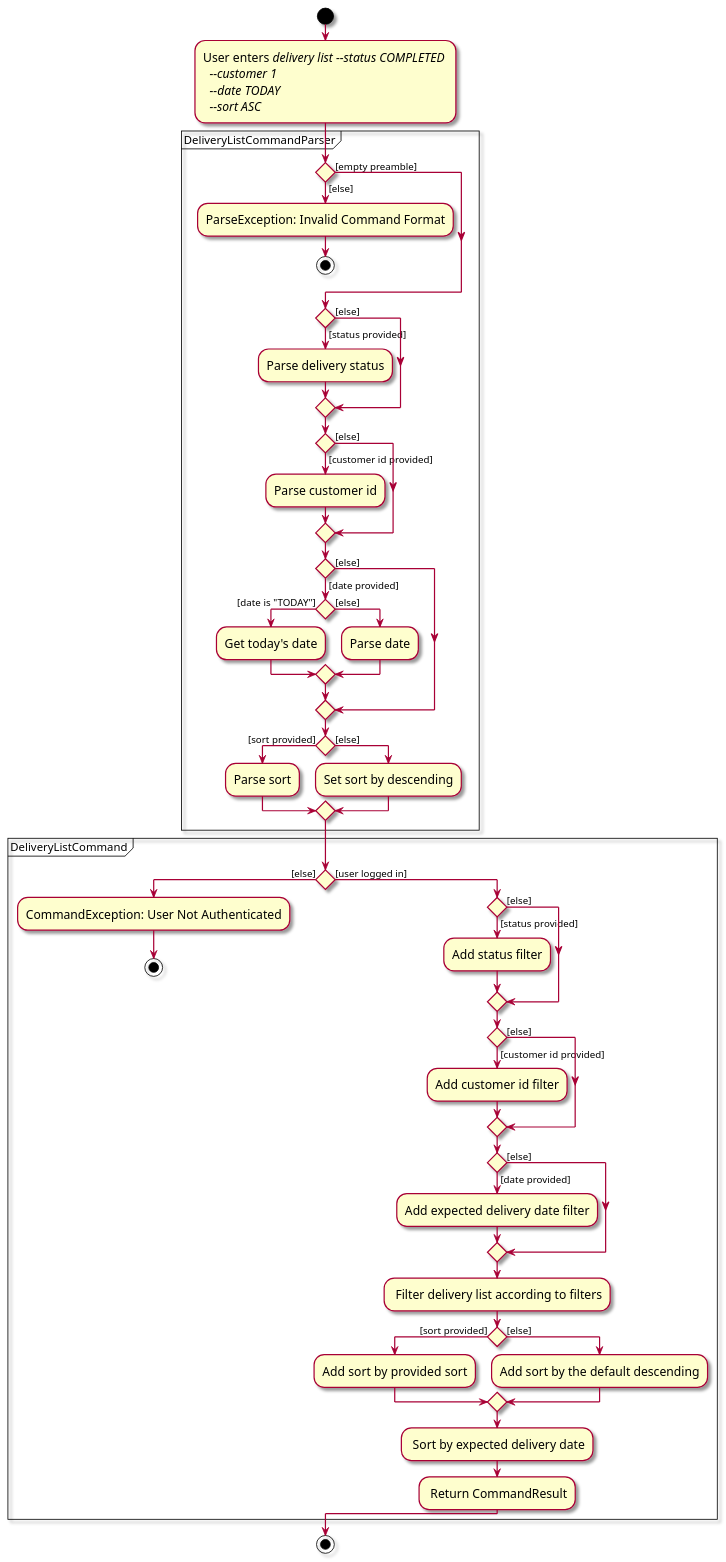
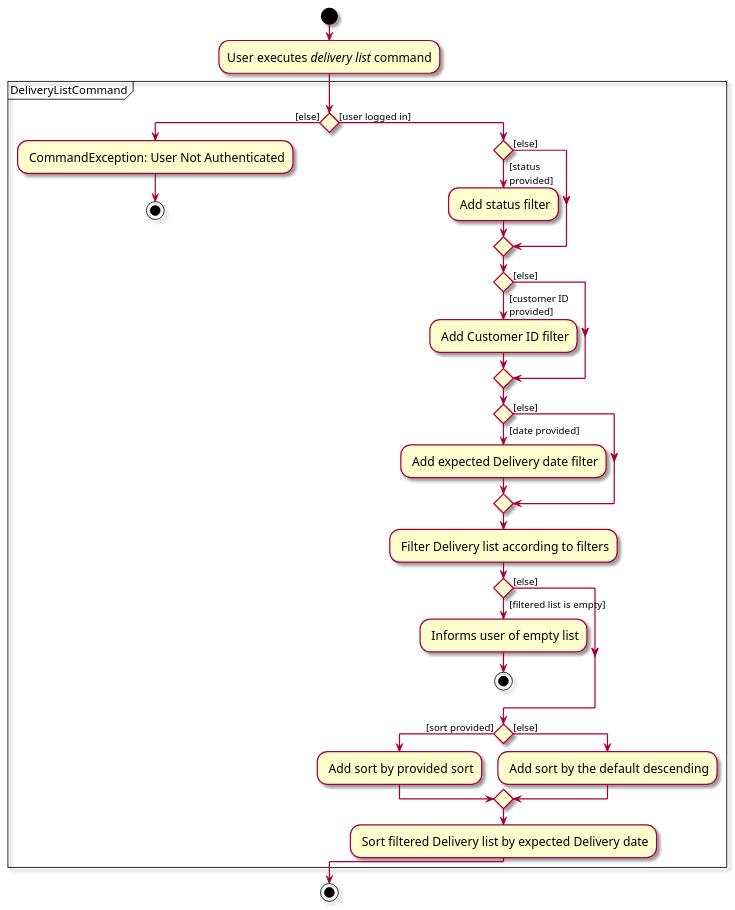
Before and after one commit to zhonghan721/tp: the diagram in diagrams/implementation/delivery/DeliveryListActivityDiagram.puml, drawn with PlantUML. The commit also changed 89 other files, not shown here.

```diff
--- a/diagrams/implementation/delivery/DeliveryListActivityDiagram.puml
+++ b/diagrams/implementation/delivery/DeliveryListActivityDiagram.puml
@@ -1,82 +1,48 @@
 @startuml
 skin rose
 skinparam ActivityFontSize 15
 skinparam ArrowFontSize 12
 
 !pragma useVerticalIf on
 start
-:User enters <i>delivery list --status COMPLETED \n <i> --customer 1</i> \n <i> --date TODAY </i> \n <i> --sort ASC </i>;
-partition DeliveryListCommandParser {
-    if () then ([else])
-        :ParseException: Invalid Command Format;
-        stop
-        else ([empty preamble])
-        endif
-
-       if () then ([status provided])
-           :Parse delivery status;
-       else ([else])
-       endif
-
-       if () then ([customer id provided])
-           :Parse customer id;
-
-       else ([else])
-       endif
-
-       if () then ([date provided])
-
-           if () then ([date is "TODAY"])
-               :Get today's date;
-
-           else ([else])
-            :Parse date;
-           endif
-
-       else ([else])
-        endif
-
-          if () then ([sort provided])
-                   :Parse sort;
-
-               else ([else])
-               :Set sort by descending;
-               endif
-
-}
+:User executes <i>delivery list</i> command;
 
 partition DeliveryListCommand {
     if () then ([else])
-        :CommandException: User Not Authenticated;
+        : CommandException: User Not Authenticated;
         stop
     else ([user logged in])
 
-    if () then ([status provided])
-        :Add status filter;
+    if () then ( [status \n provided])
+        : Add status filter;
     else ([else])
     endif
 
-    if () then ([customer id provided])
-        :Add customer id filter;
+    if () then ( [customer ID\n provided])
+        : Add Customer ID filter;
     else ([else])
     endif
 
-    if () then ([date provided])
-        :Add expected delivery date filter;
+    if () then ( [date provided])
+        : Add expected Delivery date filter;
     else ([else])
     endif
-        : Filter delivery list according to filters;
-     if () then ([sort provided])
-            :Add sort by provided sort;
+        : Filter Delivery list according to filters;
+    if () then ( [filtered list is empty])
+        : Informs user of empty list;
+        stop
+    else ([else])
+    endif
+    if () then ([sort provided])
+            : Add sort by provided sort;
         else ([else])
-        :Add sort by the default descending;
+        : Add sort by the default descending;
         endif
-        : Sort by expected delivery date;
-        : Return CommandResult;
+        : Sort filtered Delivery list by expected Delivery date;
     endif
 
 }
 
 stop
 
 @enduml
```
